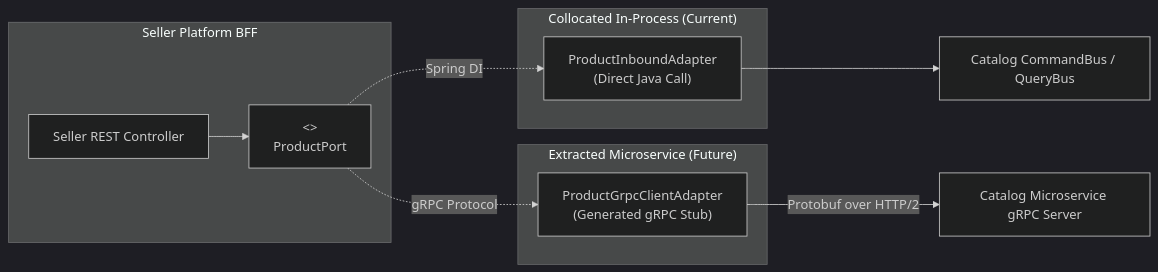
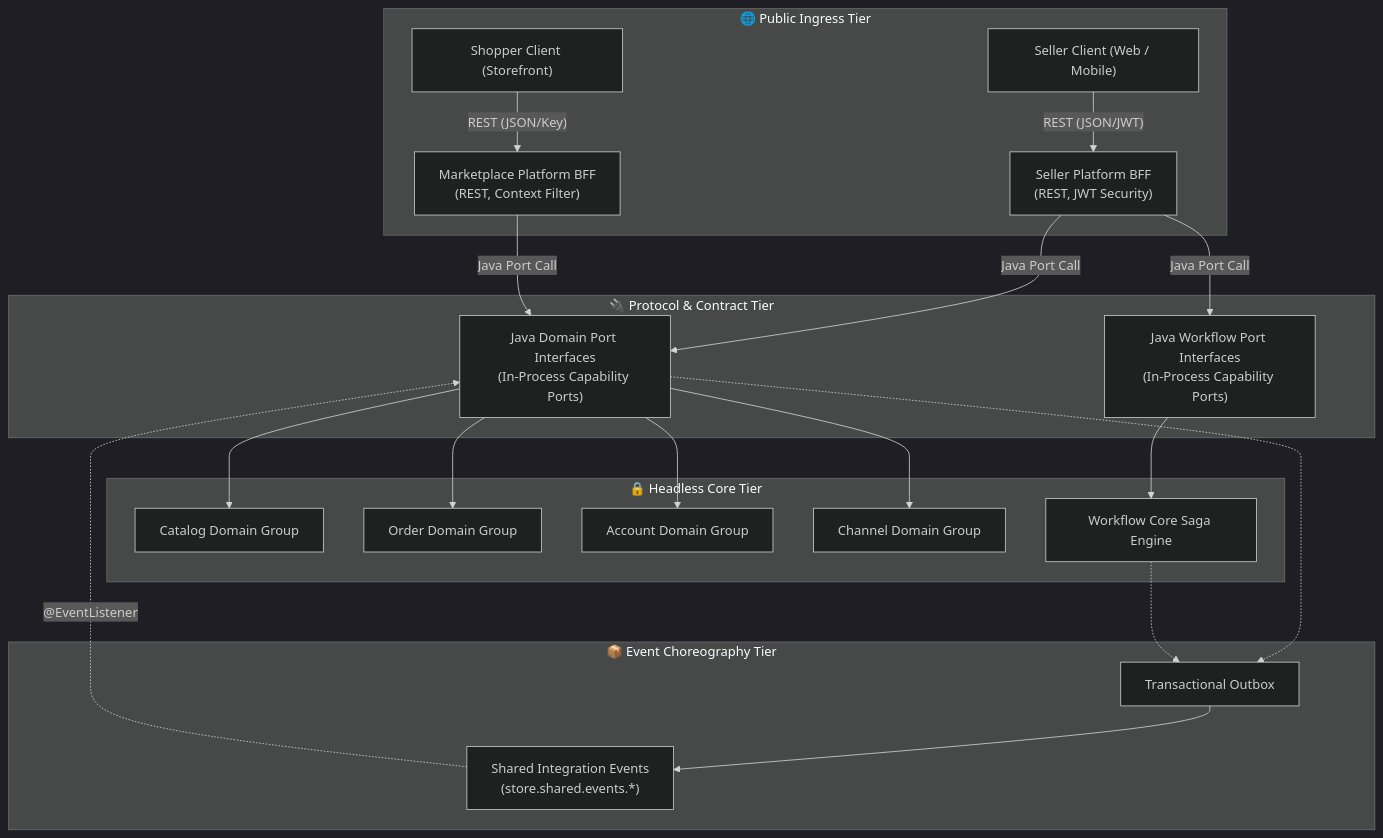
The diagram in docs/features/feat_011-decoupled-service-communication-cqrs-pipeline.md (khinemyaezin/grab), drawn with Mermaid (dark theme) before and after one commit. The commit also changed other lines of this file and 6 other files, not shown here.

Commit message:
feat: define communication protocols and tech specs for Seller and Marketplace platforms

````diff
--- a/docs/features/feat_011-decoupled-service-communication-cqrs-pipeline.md
+++ b/docs/features/feat_011-decoupled-service-communication-cqrs-pipeline.md
@@ -234,21 +56,45 @@
 ```mermaid
-flowchart LR
-    subgraph SellerBFF ["Seller Platform BFF"]
-        SellerController["Seller REST Controller"]
-        PortInterface["<<interface>>\nProductPort"]
-        SellerController --> PortInterface
+flowchart TD
+    subgraph Ingress ["🌐 Public Ingress Tier"]
+        SellerClient["Seller Client (Web / Mobile)"]
+        ShopperClient["Shopper Client (Storefront)"]
+        SellerBFF["Seller Platform BFF\n(REST, JWT Security)"]
+        MarketplaceBFF["Marketplace Platform BFF\n(REST, Context Filter)"]
     end
 
-    subgraph CollocatedMonolith ["Collocated In-Process (Current)"]
-        InProcessAdapter["ProductInboundAdapter\n(Direct Java Call)"]
-        PortInterface -.->|Spring DI| InProcessAdapter
+    subgraph ProtocolBoundary ["🔌 Protocol & Contract Tier"]
+        DomainPorts["Java Domain Port Interfaces\n(In-Process Capability Ports)"]
+        WorkflowPorts["Java Workflow Port Interfaces\n(In-Process Capability Ports)"]
     end
 
-    subgraph DistributedMicroservice ["Extracted Microservice (Future)"]
-        GrpcClientStub["ProductGrpcClientAdapter\n(Generated gRPC Stub)"]
-        PortInterface -.->|gRPC Protocol| GrpcClientStub
+    subgraph CoreServices ["🔒 Headless Core Tier"]
+        CatalogSvc["Catalog Domain Group"]
+        OrderSvc["Order Domain Group"]
+        AccountSvc["Account Domain Group"]
+        ChannelSvc["Channel Domain Group"]
+        WorkflowCore["Workflow Core Saga Engine"]
     end
 
-    GrpcClientStub -->|"Protobuf over HTTP/2"| GrpcServer["Catalog Microservice gRPC Server"]
-    InProcessAdapter --> LocalBus["Catalog CommandBus / QueryBus"]
+    subgraph EventRelay ["📦 Event Choreography Tier"]
+        Outbox["Transactional Outbox"]
+        SharedEvents["Shared Integration Events\n(store.shared.events.*)"]
+    end
+
+    SellerClient -->|"REST (JSON/JWT)"| SellerBFF
+    ShopperClient -->|"REST (JSON/Key)"| MarketplaceBFF
+
+    SellerBFF -->|"Java Port Call"| DomainPorts
+    SellerBFF -->|"Java Port Call"| WorkflowPorts
+    MarketplaceBFF -->|"Java Port Call"| DomainPorts
+
+    DomainPorts --> CatalogSvc
+    DomainPorts --> OrderSvc
+    DomainPorts --> AccountSvc
+    DomainPorts --> ChannelSvc
+    WorkflowPorts --> WorkflowCore
+
+    DomainPorts -.-> Outbox
+    WorkflowCore -.-> Outbox
+    Outbox --> SharedEvents
+    SharedEvents -.->|"@EventListener"| DomainPorts
 ```
````
